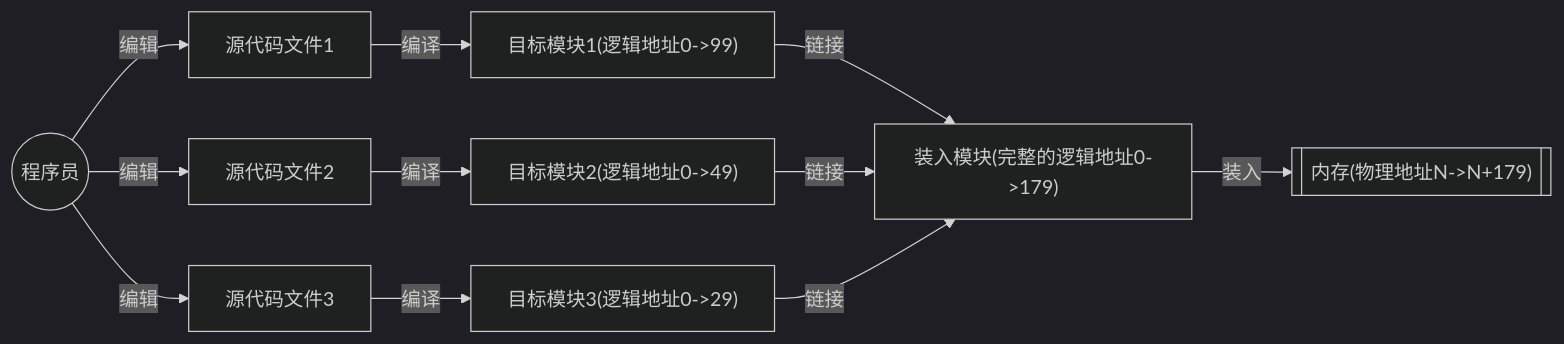
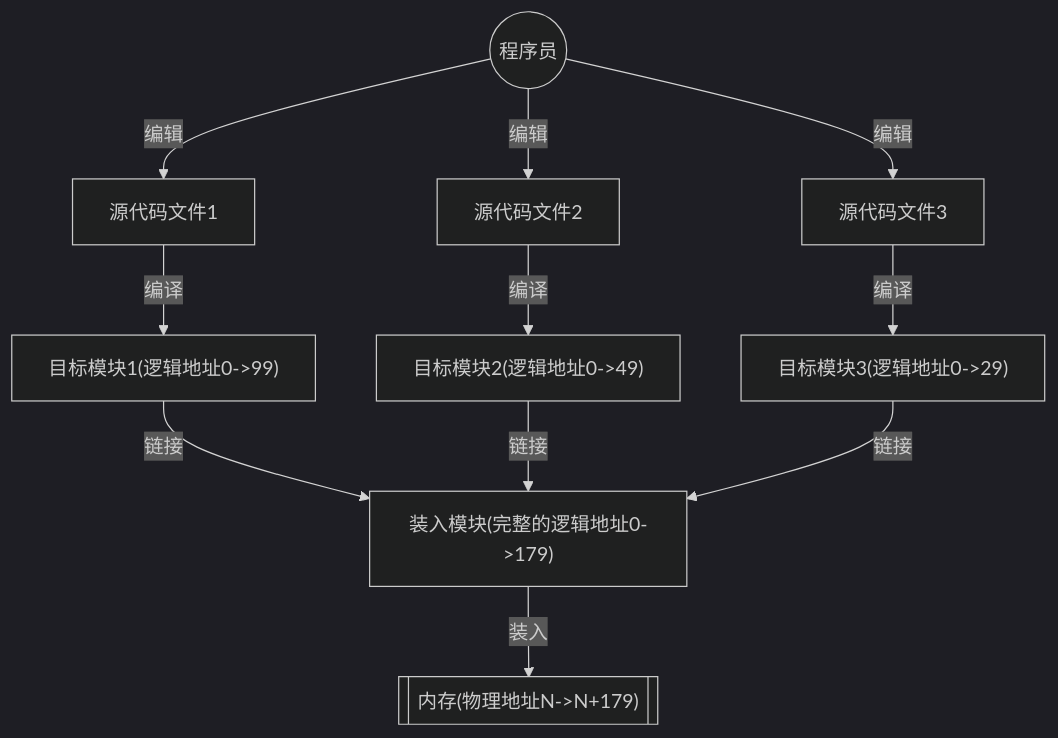
One commit to GreenHandHand/markdown-note changed the diagram in 操作系统/内存管理.md. Above: the diagram before and after it, drawn with Mermaid (dark theme). The commit also changed other lines of this file and 81 other files, not shown here.

````diff
--- a/操作系统/内存管理.md
+++ b/操作系统/内存管理.md
@@ -63,13 +54,13 @@
 ```mermaid
-graph LR
+graph TD
 A((程序员))-->|编辑|B[源代码文件1]
 A-->|编辑|C[源代码文件2]
 A-->|编辑|D[源代码文件3]
 B-->|编译|E["目标模块1(逻辑地址0->99)"]
 C-->|编译|F["目标模块2(逻辑地址0->49)"]
 D-->|编译|G["目标模块3(逻辑地址0->29)"]
 E-->|链接|H["装入模块(完整的逻辑地址0->179)"]
 F-->|链接|H
 G-->|链接|H
 H-->|装入|J[["内存(物理地址N->N+179)"]]
 ```
````
